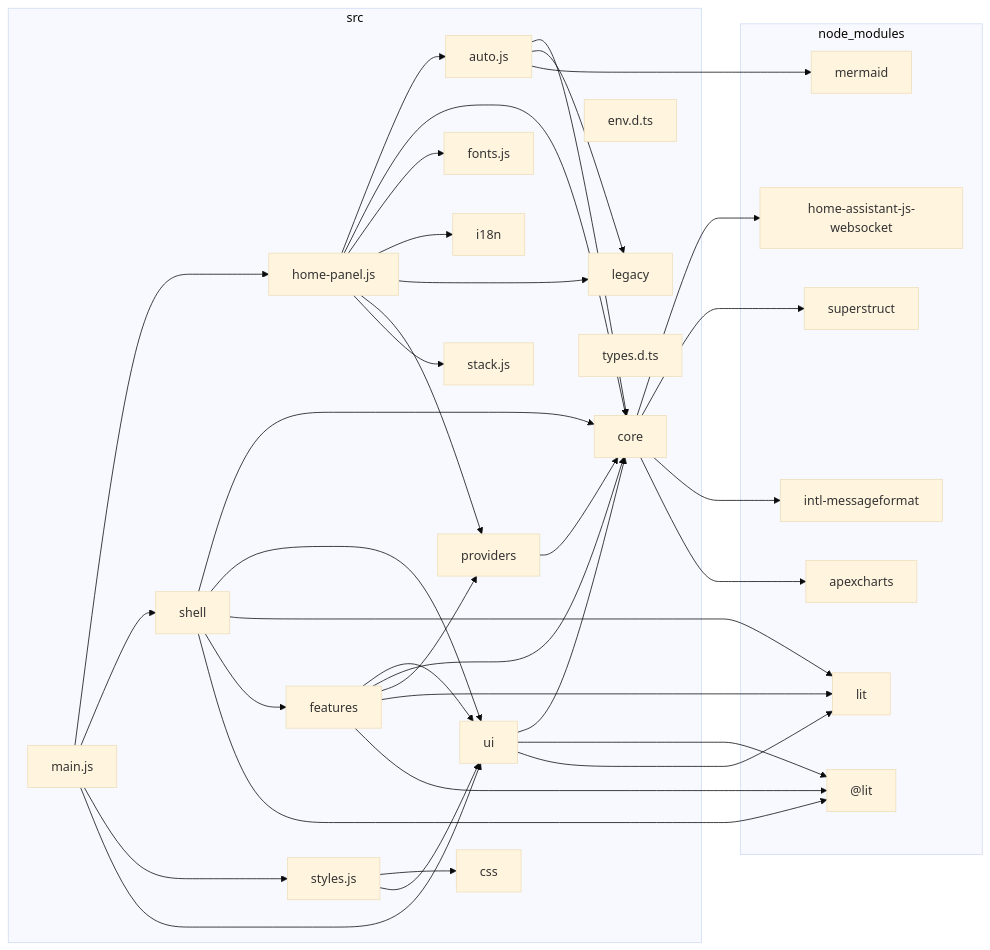
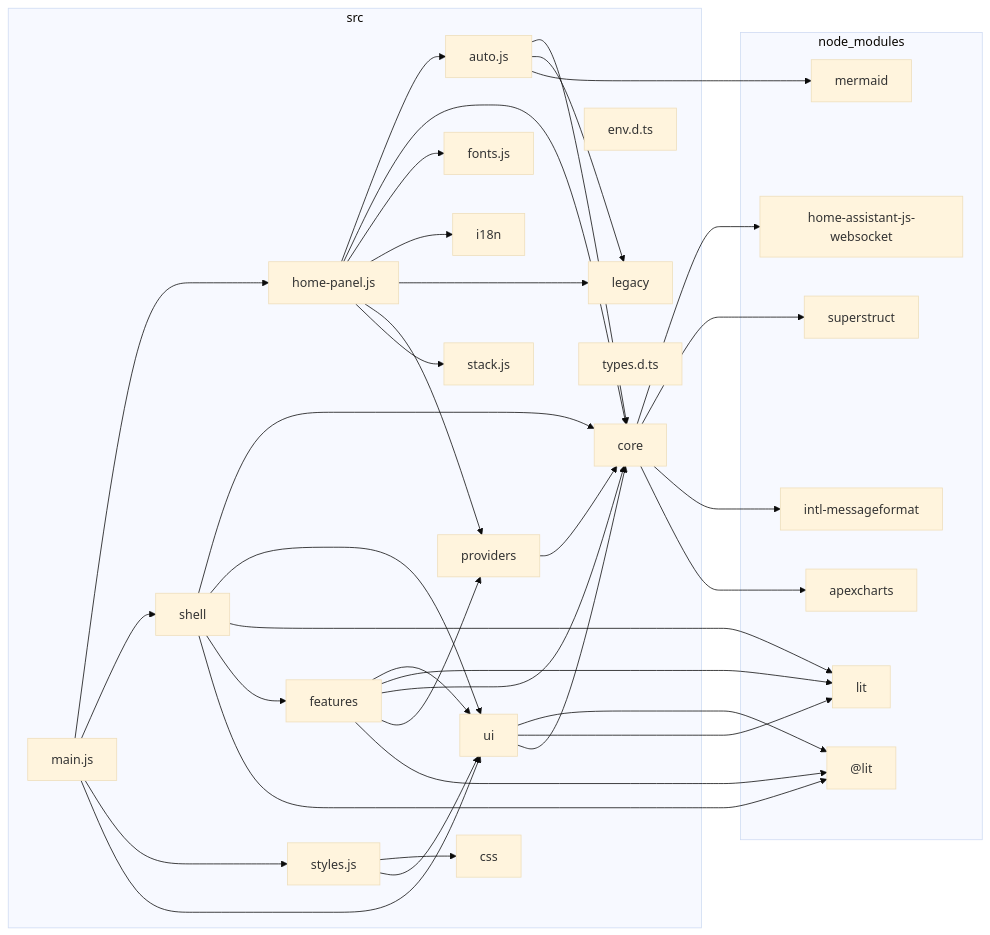
One commit to pldelisle/ha-home-panel changed the diagram in docs/architecture/dependency-graph.md. Above: the diagram before and after it, drawn with Mermaid (base theme). The commit also changed other lines of this file and 20 other files, not shown here.

````diff
--- a/docs/architecture/dependency-graph.md
+++ b/docs/architecture/dependency-graph.md
@@ -5,65 +5,65 @@
 ```mermaid
 flowchart LR
 
 subgraph 0["node_modules"]
 1["@lit"]
 2["apexcharts"]
 3["home-assistant-js-websocket"]
 4["intl-messageformat"]
 5["lit"]
 6["mermaid"]
 7["superstruct"]
 end
 subgraph 8["src"]
 9["auto.js"]
 A["core"]
 B["css"]
 C["env.d.ts"]
 D["features"]
 E["fonts.js"]
 F["home-panel.js"]
 G["i18n"]
 H["legacy"]
 I["main.js"]
 J["providers"]
 K["shell"]
 L["stack.js"]
 M["styles.js"]
 N["types.d.ts"]
 O["ui"]
 end
 9-->A
 9-->H
 9-->6
 A-->3
 A-->7
 A-->4
 A-->2
 D-->O
+D-->5
 D-->A
 D-->J
-D-->5
 D-->1
 F-->9
 F-->A
 F-->E
 F-->G
 F-->H
 F-->J
 F-->L
 I-->F
 I-->K
 I-->M
 I-->O
 J-->A
 K-->A
 K-->O
 K-->5
 K-->D
 K-->1
 M-->B
 M-->O
-O-->A
 O-->1
 O-->5
+O-->A
 ```
````
